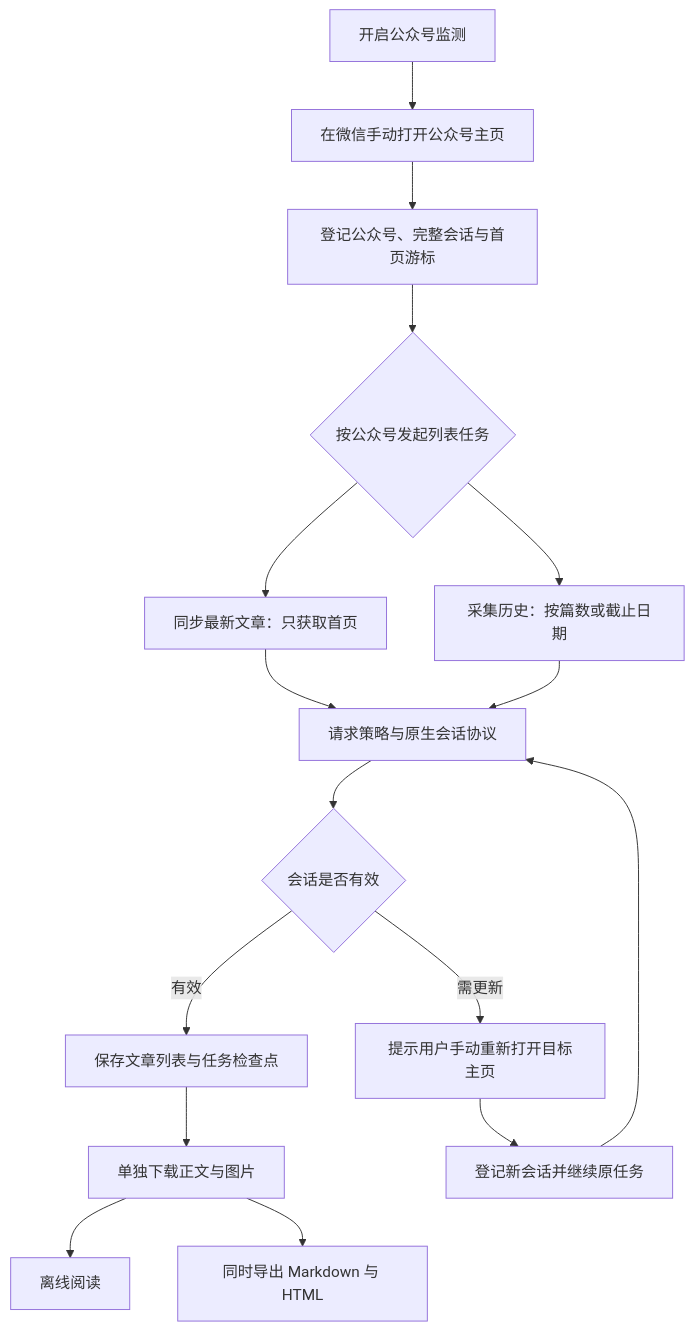
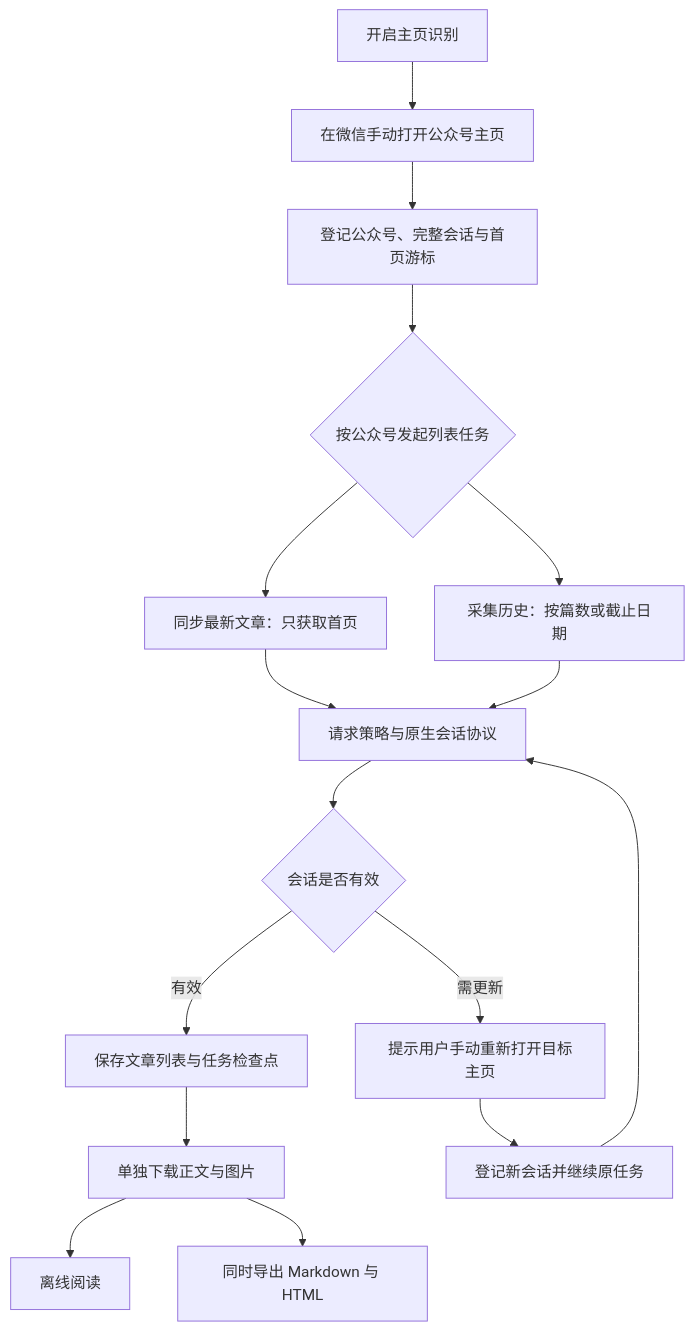
Before and after one commit to areyoubugcoder/mpider: the second of 2 diagrams in README.md, drawn with Mermaid. The commit also changed other lines of this file and 28 other files, not shown here.

````diff
--- a/README.md
+++ b/README.md
@@ -126,18 +127,18 @@
 ```mermaid
 flowchart TD
-    A[开启公众号监测] --> B[在微信手动打开公众号主页]
+    A[开启主页识别] --> B[在微信手动打开公众号主页]
     B --> C[登记公众号、完整会话与首页游标]
     C --> D{按公众号发起列表任务}
     D --> E[同步最新文章：只获取首页]
     D --> F[采集历史：按篇数或截止日期]
     E --> G[请求策略与原生会话协议]
     F --> G
     G --> H{会话是否有效}
     H -->|有效| I[保存文章列表与任务检查点]
     H -->|需更新| J[提示用户手动重新打开目标主页]
     J --> K[登记新会话并继续原任务]
     K --> G
     I --> L[单独下载正文与图片]
     L --> M[离线阅读]
     L --> N[同时导出 Markdown 与 HTML]
 ```
````
